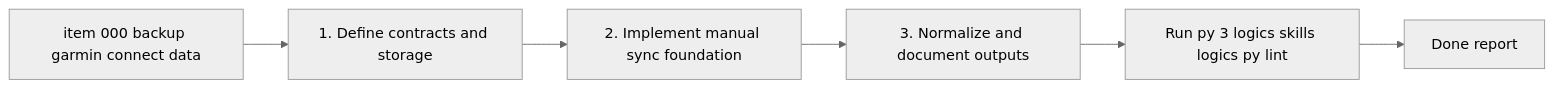
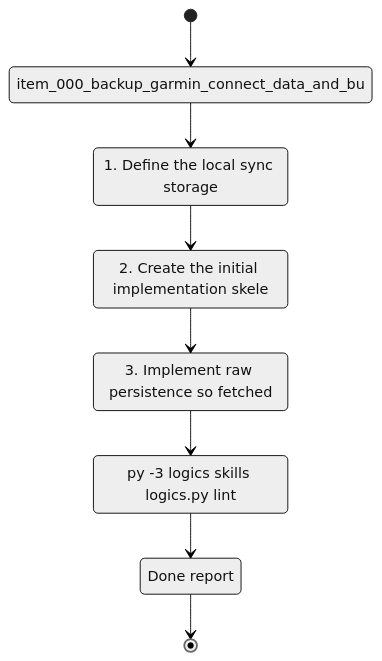
Before and after one commit to Jilanos/Coach_garmin: the diagram in logics/tasks/task_000_backup_garmin_connect_data_and_build_first_interpretation_layer.md, drawn with Mermaid (neutral theme). The commit also changed other lines of this file and 86 other files, not shown here.

Commit message:
Harden chart UX and UTF-8 handling

````diff
--- a/logics/tasks/task_000_backup_garmin_connect_data_and_build_first_interpretation_layer.md
+++ b/logics/tasks/task_000_backup_garmin_connect_data_and_build_first_interpretation_layer.md
@@ -22,10 +23,18 @@
 ```mermaid
 %% logics-kind: task
 %% logics-signature: task|backup-garmin-connect-data-and-build-fir|item-000-backup-garmin-connect-data-and-|1-define-the-local-sync-storage|py-3-logics-skills-logics-py-lint
-flowchart LR
-    Backlog[item 000 backup garmin connect data] --> Step1[1. Define contracts and storage]
-    Step1 --> Step2[2. Implement manual sync foundation]
-    Step2 --> Step3[3. Normalize and document outputs]
-    Step3 --> Validation[Run py 3 logics skills logics py lint]
-    Validation --> Report[Done report]
+stateDiagram-v2
+    state "item_000_backup_garmin_connect_data_and_bu" as Backlog
+    state "1. Define the local sync storage" as Scope
+    state "2. Create the initial implementation skele" as Build
+    state "3. Implement raw persistence so fetched" as Verify
+    state "py -3 logics skills logics.py lint" as Validation
+    state "Done report" as Report
+    [*] --> Backlog
+    Backlog --> Scope
+    Scope --> Build
+    Build --> Verify
+    Verify --> Validation
+    Validation --> Report
+    Report --> [*]
 ```
````
